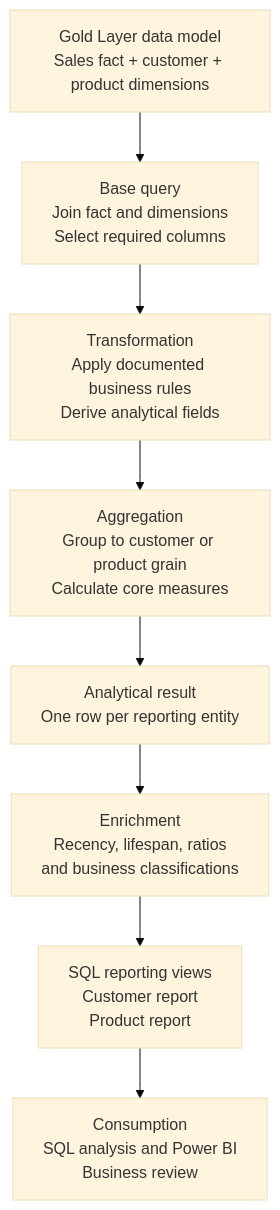
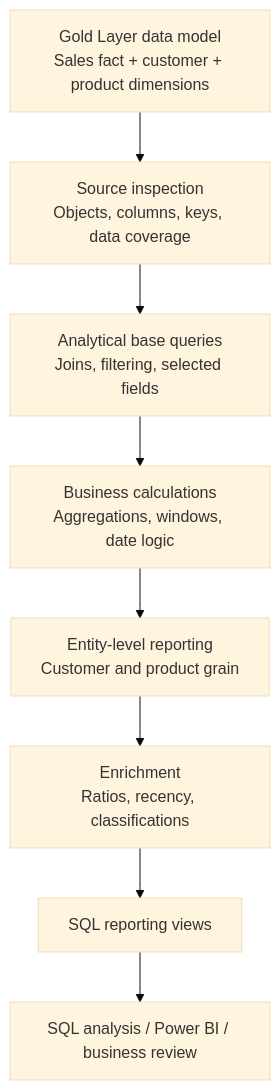
The first of 2 diagrams in docs/architecture.md (Ashwannii-20/sql-advanced-analytics), drawn with Mermaid (base theme) before and after one commit. The commit also changed other lines of this file, not shown here.

Commit message:
docs: refine docs/architecture.md

````diff
--- a/docs/architecture.md
+++ b/docs/architecture.md
@@ -9,13 +11,12 @@
 ```mermaid
 flowchart TD
     A["Gold Layer data model<br/>Sales fact + customer + product dimensions"]
-    B["Base query<br/>Join fact and dimensions<br/>Select required columns"]
-    C["Transformation<br/>Apply documented business rules<br/>Derive analytical fields"]
-    D["Aggregation<br/>Group to customer or product grain<br/>Calculate core measures"]
-    E["Analytical result<br/>One row per reporting entity"]
-    F["Enrichment<br/>Recency, lifespan, ratios<br/>and business classifications"]
-    G["SQL reporting views<br/>Customer report<br/>Product report"]
-    H["Consumption<br/>SQL analysis and Power BI<br/>Business review"]
-
+    B["Source inspection<br/>Objects, columns, keys, data coverage"]
+    C["Analytical base queries<br/>Joins, filtering, selected fields"]
+    D["Business calculations<br/>Aggregations, windows, date logic"]
+    E["Entity-level reporting<br/>Customer and product grain"]
+    F["Enrichment<br/>Ratios, recency, classifications"]
+    G["SQL reporting views"]
+    H["SQL analysis / Power BI / business review"]
     A --> B --> C --> D --> E --> F --> G --> H
 ```
````
